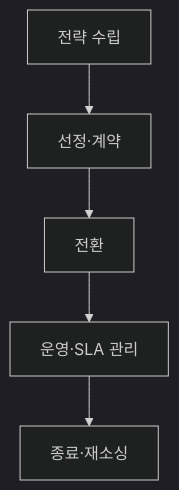
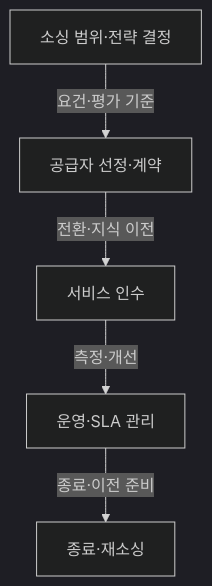
Before and after one commit to agnusdei1207/study: the second of 2 diagrams in src/content/docs/notes/itpe/01-it-strategy/033_it_outsourcing.md, drawn with Mermaid (dark theme). The commit also changed other lines of this file and 2 other files, not shown here.

````diff
--- a/src/content/docs/notes/itpe/01-it-strategy/033_it_outsourcing.md
+++ b/src/content/docs/notes/itpe/01-it-strategy/033_it_outsourcing.md
@@ -87,7 +91,7 @@
 ```mermaid
 flowchart TD
-    A["전략 수립"] --> B["선정·계약"]
-    B --> C["전환"]
-    C --> D["운영·SLA 관리"]
-    D --> E["종료·재소싱"]
+    A["소싱 범위·전략 결정"] -->|요건·평가 기준| B["공급자 선정·계약"]
+    B -->|전환·지식 이전| C["서비스 인수"]
+    C -->|측정·개선| D["운영·SLA 관리"]
+    D -->|종료·이전 준비| E["종료·재소싱"]
 ```
````
